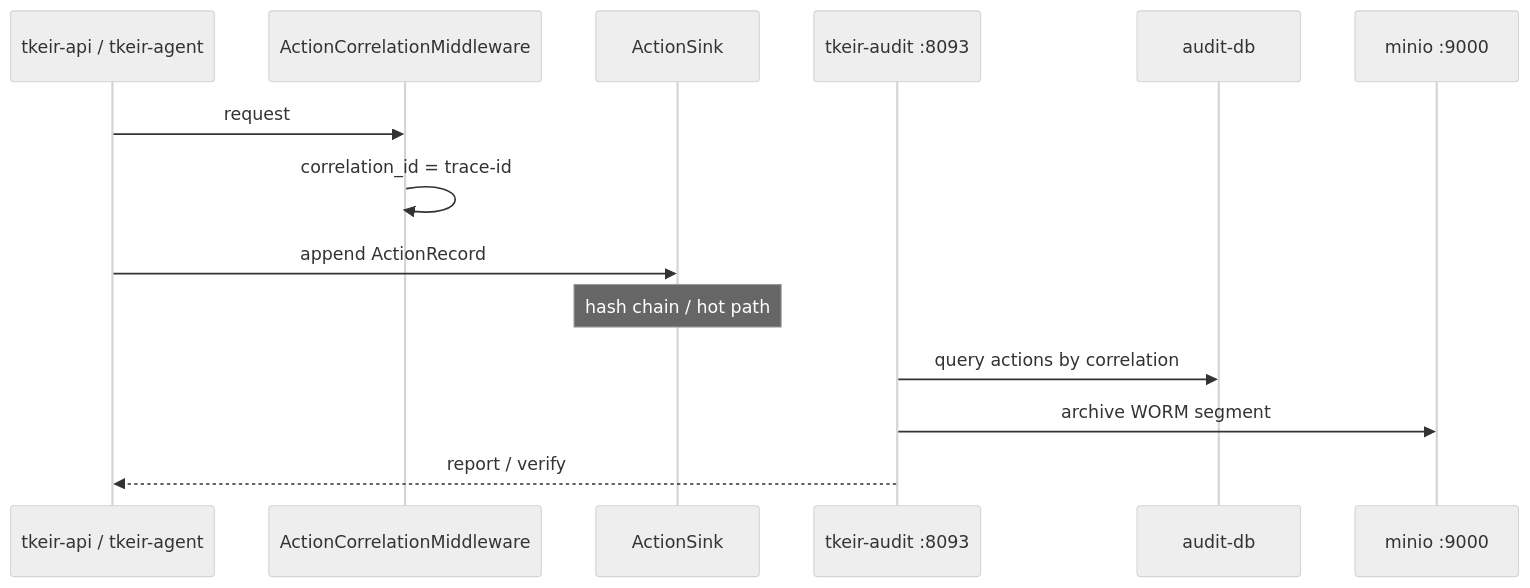
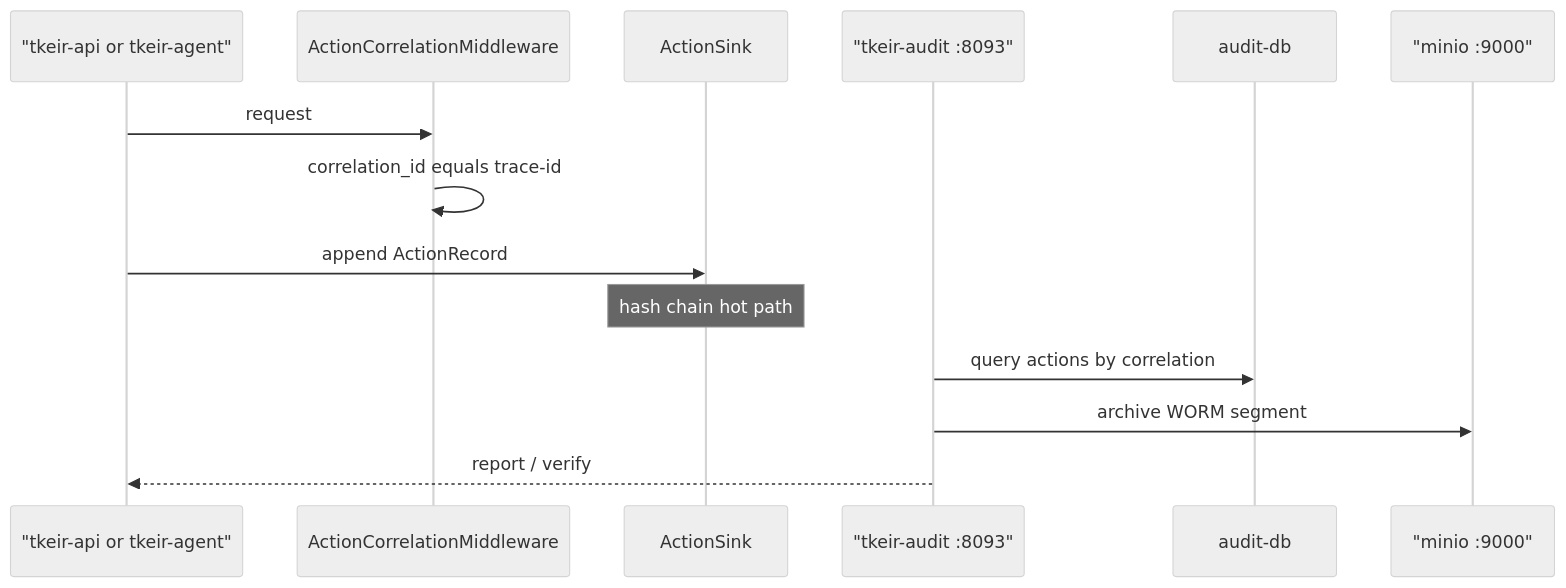
One commit to ThalesGroup/t-keir changed the fifth of 6 diagrams in docs/architecture/sequences.md. Above: the diagram before and after it, drawn with Mermaid (neutral theme). The commit also changed other lines of this file and 67 other files, not shown here.

````diff
--- a/docs/architecture/sequences.md
+++ b/docs/architecture/sequences.md
@@ -134,17 +134,17 @@
 ```mermaid
 sequenceDiagram
-  participant API as tkeir-api / tkeir-agent
+  participant API as "tkeir-api or tkeir-agent"
   participant MW as ActionCorrelationMiddleware
   participant Sink as ActionSink
-  participant Audit as tkeir-audit :8093
+  participant Audit as "tkeir-audit :8093"
   participant PG as audit-db
-  participant MinIO as minio :9000
+  participant MinIO as "minio :9000"
 
   API->>MW: request
-  MW->>MW: correlation_id = trace-id
+  MW->>MW: correlation_id equals trace-id
   API->>Sink: append ActionRecord
-  Note over Sink: hash chain / hot path
+  Note over Sink: hash chain hot path
   Audit->>PG: query actions by correlation
   Audit->>MinIO: archive WORM segment
   Audit-->>API: report / verify
 ```
````
